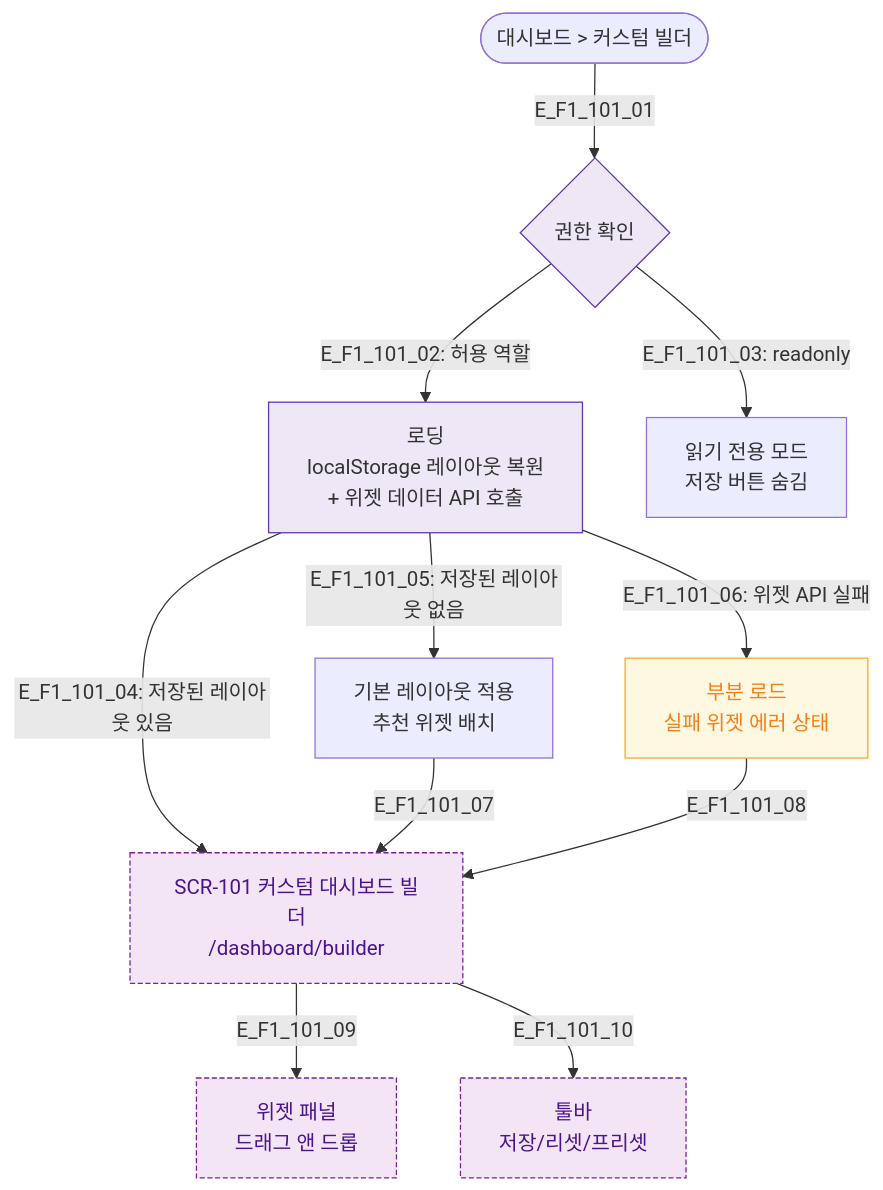
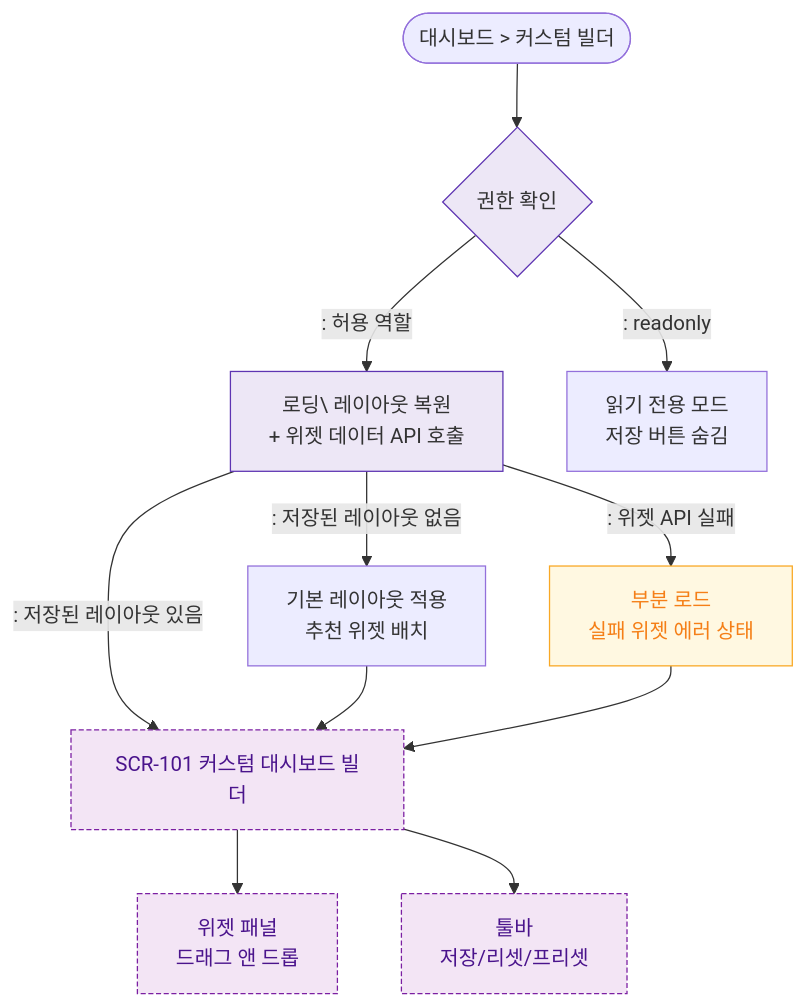
One commit to dev-spogym/admin-pando changed the diagram in docs/다이어그램/D10_본사관리/SCR-101_커스텀대시보드빌더/F1_진입.md. Above: the diagram before and after it, drawn with Mermaid. The commit also changed other lines of this file and 1660 other files, not shown here.

First line of the commit message:
다이어그램: 기획자/클라이언트 납품본으로 정리

````diff
--- a/docs/다이어그램/D10_본사관리/SCR-101_커스텀대시보드빌더/F1_진입.md
+++ b/docs/다이어그램/D10_본사관리/SCR-101_커스텀대시보드빌더/F1_진입.md
@@ -14,25 +12,25 @@
 ```mermaid
 flowchart TD
-    Sidebar([대시보드 > 커스텀 빌더]) -->|E_F1_101_01| Auth{권한 확인}
-    Auth -->|"E_F1_101_02: 허용 역할"| Loading[로딩\nlocalStorage 레이아웃 복원\n+ 위젯 데이터 API 호출]
-    Auth -->|"E_F1_101_03: readonly"| ReadOnly[읽기 전용 모드\n저장 버튼 숨김]
+    Sidebar([대시보드 > 커스텀 빌더]) --> Auth{권한 확인}
+    Auth -->|": 허용 역할"|Loading[로딩\ 레이아웃 복원\n+ 위젯 데이터 API 호출]
+    Auth -->|": readonly"|ReadOnly[읽기 전용 모드\n저장 버튼 숨김]
 
-    Loading -->|"E_F1_101_04: 저장된 레이아웃 있음"| SCR101[SCR-101 커스텀 대시보드 빌더\n/dashboard/builder]
-    Loading -->|"E_F1_101_05: 저장된 레이아웃 없음"| DefaultLayout[기본 레이아웃 적용\n추천 위젯 배치]
-    Loading -->|"E_F1_101_06: 위젯 API 실패"| PartialLoad[부분 로드\n실패 위젯 에러 상태]
+    Loading -->|": 저장된 레이아웃 있음"|SCR101[SCR-101 커스텀 대시보드 빌더\n]
+    Loading -->|": 저장된 레이아웃 없음"|DefaultLayout[기본 레이아웃 적용\n추천 위젯 배치]
+    Loading -->|": 위젯 API 실패"|PartialLoad[부분 로드\n실패 위젯 에러 상태]
 
-    DefaultLayout -->|E_F1_101_07| SCR101
-    PartialLoad -->|E_F1_101_08| SCR101
+    DefaultLayout --> SCR101
+    PartialLoad --> SCR101
 
-    SCR101 -->|E_F1_101_09| WidgetPanel[위젯 패널\n드래그 앤 드롭]
-    SCR101 -->|E_F1_101_10| Toolbar[툴바\n저장/리셋/프리셋]
+    SCR101 --> WidgetPanel[위젯 패널\n드래그 앤 드롭]
+    SCR101 --> Toolbar[툴바\n저장/리셋/프리셋]
 
     classDef screen fill:#E3F2FD,stroke:#1976D2,color:#0D47A1
     classDef newFeature fill:#F3E5F5,stroke:#7B1FA2,color:#4A148C,stroke-dasharray:4 2
     classDef warning fill:#FFF8E1,stroke:#F9A825,color:#F57F17
     classDef system fill:#EDE7F6,stroke:#5E35B2
     class SCR101 newFeature
     class WidgetPanel,Toolbar newFeature
     class PartialLoad warning
     class Loading,Auth system
 ```
````
